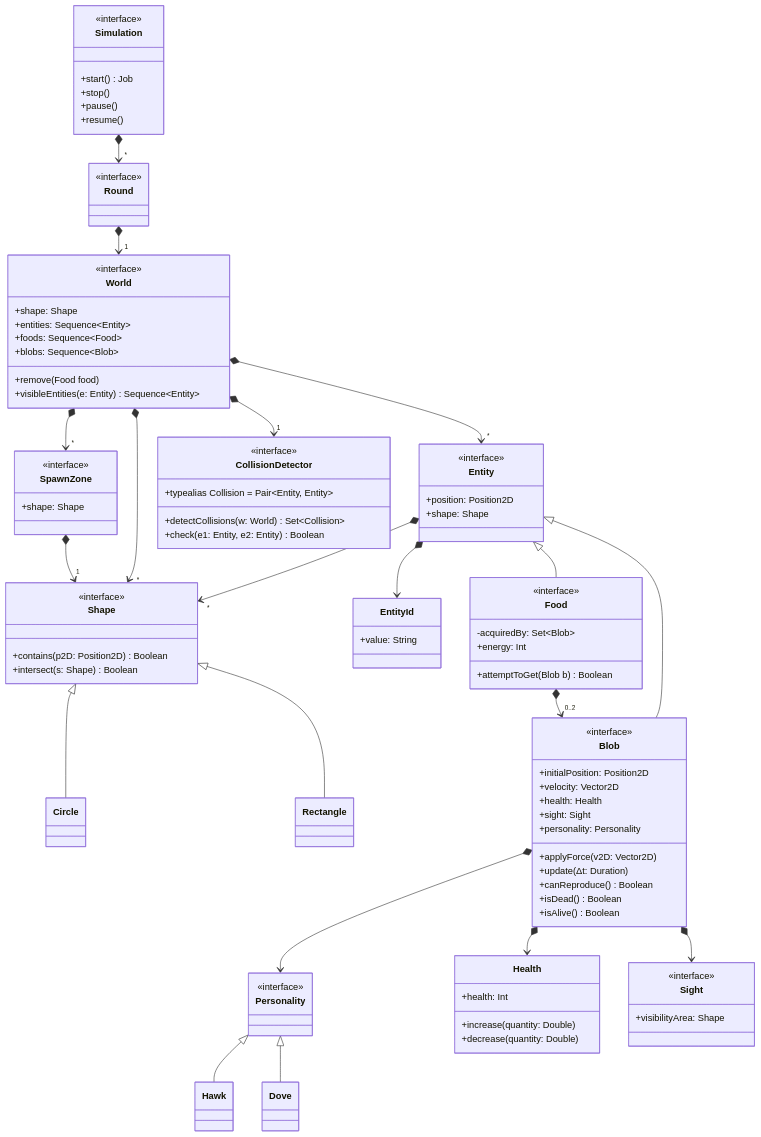
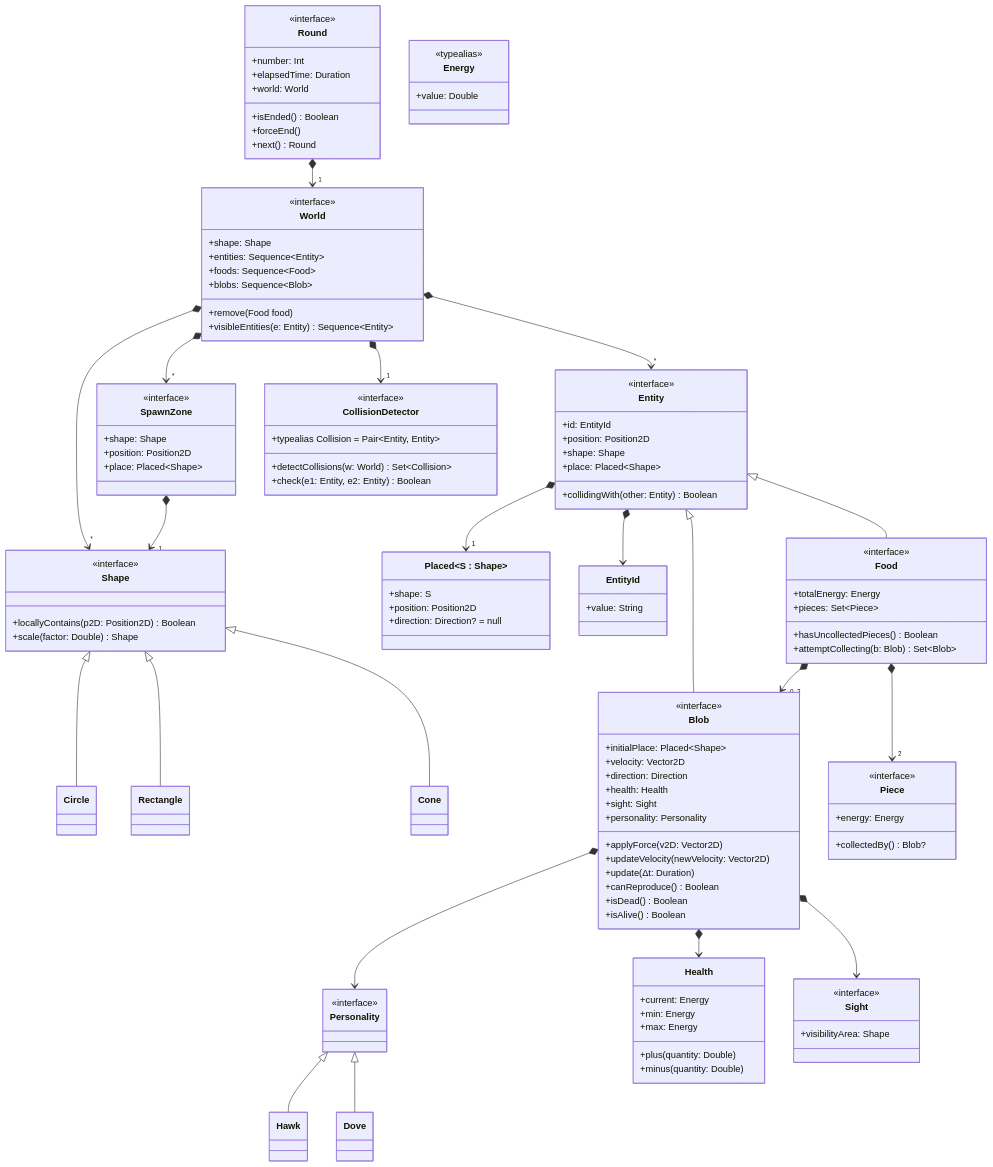
The diagram in docs/design.md (giovaz94/isee-project-2023-2024), drawn with Mermaid before and after one commit. The commit also changed other lines of this file, not shown here.

Commit message:
docs: fix desing schema with implementation modifications

```diff
--- a/docs/design.md
+++ b/docs/design.md
@@ -31,22 +38,21 @@
 classDiagram
     direction TB
 
-    class Simulation {
-        <<interface>>
-        +start() Job
-        +stop()
-        +pause()
-        +resume()
-    }
-
     class Round {
         <<interface>>
+        +number: Int
+        +elapsedTime: Duration
+        +world: World
+        +isEnded() Boolean
+        +forceEnd()
+        +next() Round
     }
-    Simulation *--> "*" Round
 
     class SpawnZone {
         <<interface>>
         +shape: Shape
+        +position: Position2D
+        +place: Placed~Shape~
     }
     SpawnZone *--> "1" Shape
 
@@ -65,14 +71,22 @@
 
     class Shape {
         <<interface>>
-        +contains(p2D: Position2D) Boolean
-        +intersect(s: Shape) Boolean
+        +locallyContains(p2D: Position2D) Boolean
+        +scale(factor: Double) Shape
     }
     class Circle
     Shape <|-- Circle
     class Rectangle
     Shape <|-- Rectangle
+    class Cone
+    Shape <|-- Cone
     World *--> "*" Shape
+    
+    class Placed~S : Shape~ {
+        +shape: S
+        +position: Position2D
+        +direction: Direction? = null
+    }
 
     class CollisionDetector {
         <<interface>>
@@ -84,10 +98,13 @@
     
     class Entity {
         <<interface>>
+        +id: EntityId
         +position: Position2D
         +shape: Shape
+        +place: Placed~Shape~
+        +collidingWith(other: Entity) Boolean
     }
-    Entity *--> "*" Shape
+    Entity *--> "1" Placed
     
     class EntityId {
         +value: String
@@ -96,26 +113,31 @@
 
     class Food {
         <<interface>>
-        -acquiredBy: Set~Blob~
-        +energy: Int
-        +attemptToGet(Blob b) Boolean
+        +totalEnergy: Energy
+        +pieces: Set~Piece~
+        +hasUncollectedPieces() Boolean
+        +attemptCollecting(b: Blob) Set~Blob~
     }
     Entity <|-- Food
     Food *--> "0..2" Blob
     
-%%    class Piece {
-%%        <<interface>>
-%%    }
-%%    Food *--> "2" Piece
+    class Piece {
+        <<interface>>
+        +energy: Energy
+        +collectedBy() Blob?
+    }
+    Food *--> "2" Piece
     
     class Blob {
         <<interface>>
-        +initialPosition: Position2D
+        +initialPlace: Placed~Shape~
         +velocity: Vector2D
+        +direction: Direction
         +health: Health
         +sight: Sight
         +personality: Personality
         +applyForce(v2D: Vector2D)
+        +updateVelocity(newVelocity: Vector2D)
         +update(Δt: Duration)
         +canReproduce() Boolean
         +isDead() Boolean
@@ -132,10 +154,17 @@
     class Dove 
     Personality <|-- Dove
     
+    class Energy {
+        <<typealias>>
+        +value: Double
+    }
+    
     class Health {
-        +health: Int
-        +increase(quantity: Double)
-        +decrease(quantity: Double)
+        +current: Energy
+        +min: Energy
+        +max: Energy
+        +plus(quantity: Double)
+        +minus(quantity: Double)
     }
     Blob *--> Health
     
```
